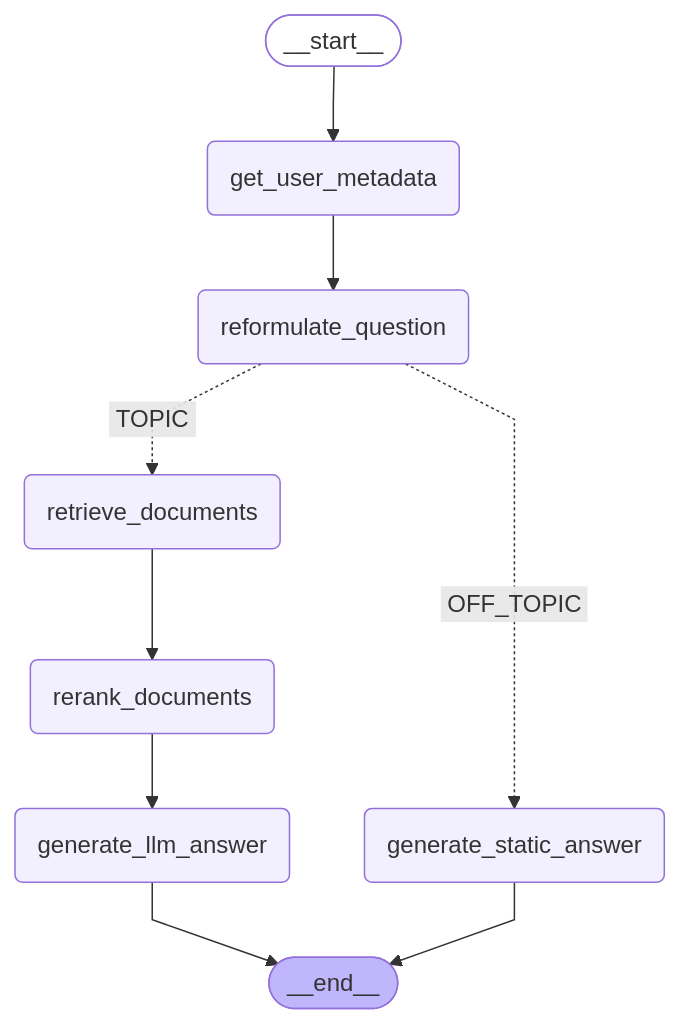
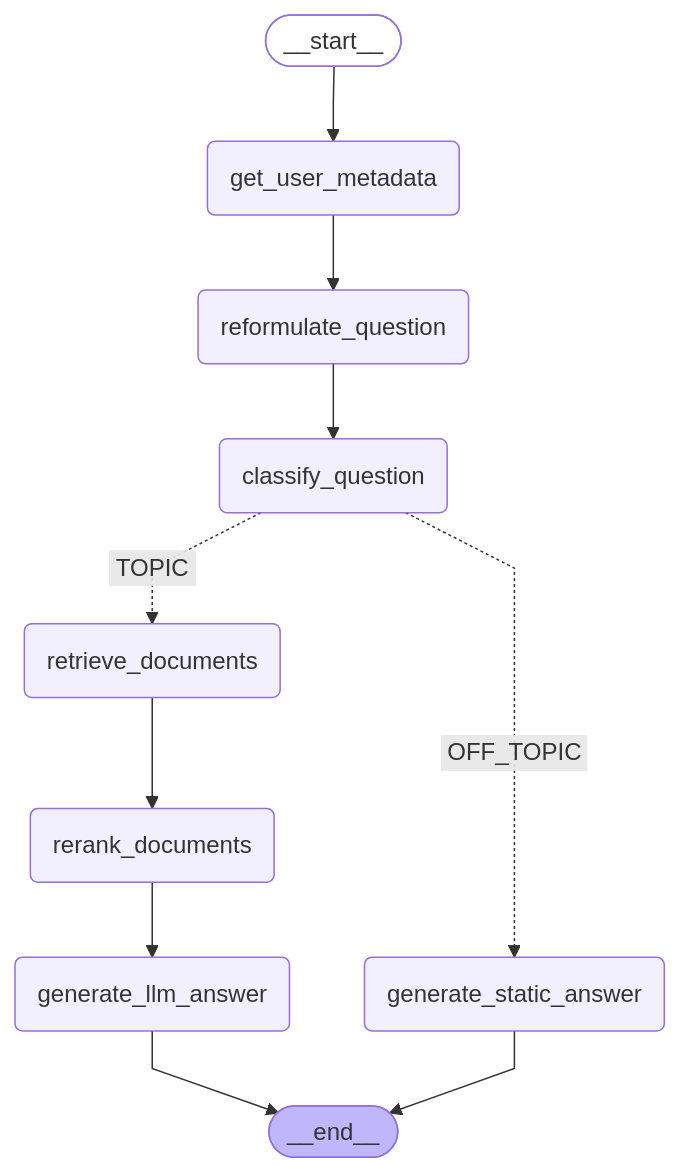
One commit to gabguerin/ragator-v2 changed the diagram in README.md. Above: the diagram before and after it, drawn with Mermaid. The commit also changed other lines of this file and 39 other files, not shown here.

````diff
--- a/README.md
+++ b/README.md
@@ -5,28 +5,30 @@
 ```mermaid
 ---
 config:
   flowchart:
     curve: linear
 ---
 graph TD;
         __start__([<p>__start__</p>]):::first
         get_user_metadata(get_user_metadata)
         reformulate_question(reformulate_question)
+        classify_question(classify_question)
         generate_static_answer(generate_static_answer)
         retrieve_documents(retrieve_documents)
         rerank_documents(rerank_documents)
         generate_llm_answer(generate_llm_answer)
         __end__([<p>__end__</p>]):::last
         __start__ --> get_user_metadata;
         generate_llm_answer --> __end__;
         generate_static_answer --> __end__;
         get_user_metadata --> reformulate_question;
+        reformulate_question --> classify_question;
         rerank_documents --> generate_llm_answer;
         retrieve_documents --> rerank_documents;
-        reformulate_question -. &nbsp;OFF_TOPIC&nbsp; .-> generate_static_answer;
-        reformulate_question -. &nbsp;TOPIC&nbsp; .-> retrieve_documents;
+        classify_question -. &nbsp;OFF_TOPIC&nbsp; .-> generate_static_answer;
+        classify_question -. &nbsp;TOPIC&nbsp; .-> retrieve_documents;
         classDef default fill:#f2f0ff,line-height:1.2
         classDef first fill-opacity:0
         classDef last fill:#bfb6fc
 
 ```
````
